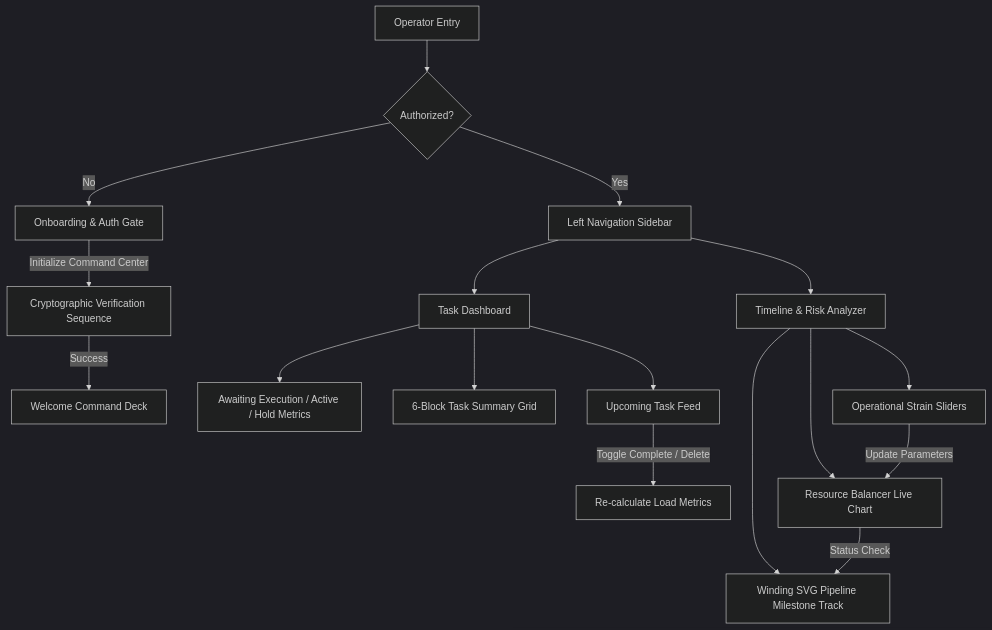
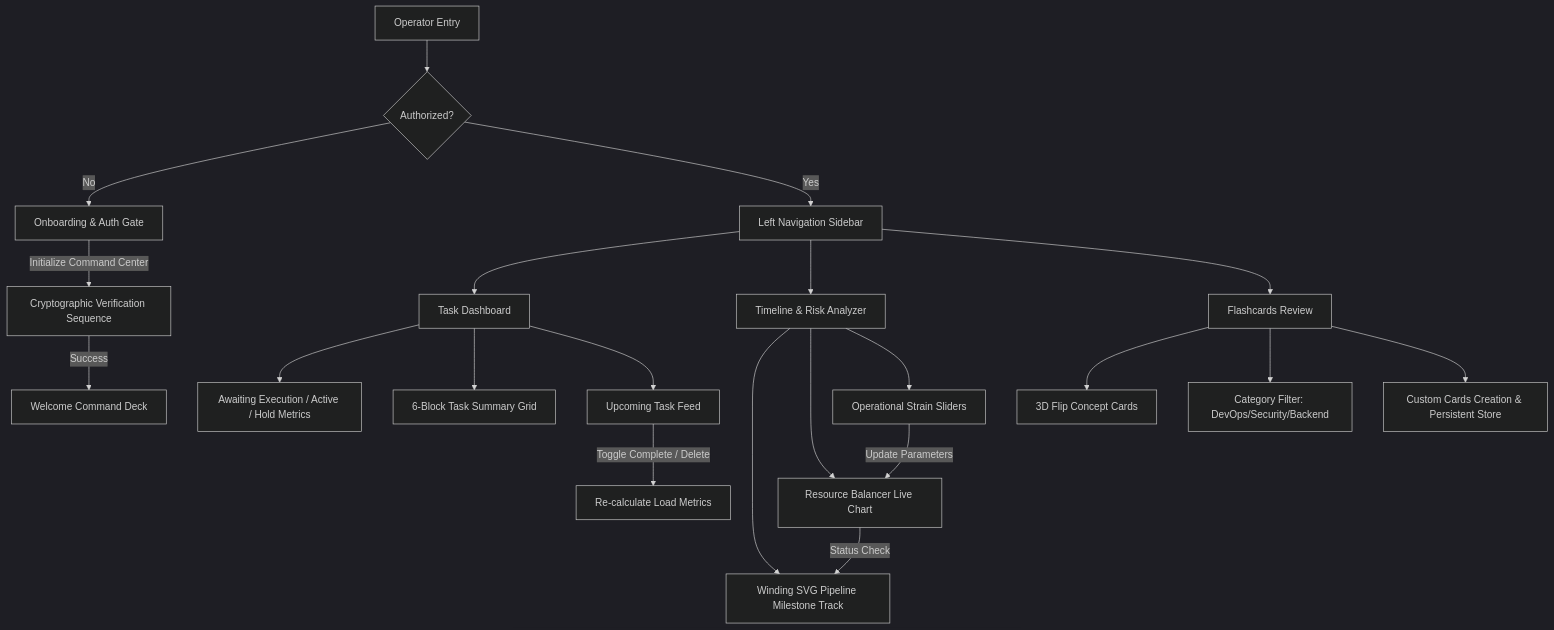
One commit to HARSH349-bot/taskpilot-ai changed the diagram in README.md. Above: the diagram before and after it, drawn with Mermaid (dark theme). The commit also changed other lines of this file and 3 other files, not shown here.

Commit message:
feat: integrate interactive flashcards review module

````diff
--- a/README.md
+++ b/README.md
@@ -9,22 +9,27 @@
 ```mermaid
 graph TD
     A[Operator Entry] --> B{Authorized?}
     B -- No --> C[Onboarding & Auth Gate]
     C -->|Initialize Command Center| D[Cryptographic Verification Sequence]
     D -->|Success| E[Welcome Command Deck]
     B -- Yes --> F[Left Navigation Sidebar]
     
     F --> G[Task Dashboard]
     F --> H[Timeline & Risk Analyzer]
+    F --> I[Flashcards Review]
     
     G --> G1[Awaiting Execution / Active / Hold Metrics]
     G --> G2[6-Block Task Summary Grid]
     G --> G3[Upcoming Task Feed]
     G3 -->|Toggle Complete / Delete| G4[Re-calculate Load Metrics]
     
     H --> H1[Winding SVG Pipeline Milestone Track]
     H --> H2[Resource Balancer Live Chart]
     H --> H3[Operational Strain Sliders]
     H3 -->|Update Parameters| H2
     H2 -->|Status Check| H1
+
+    I --> I1[3D Flip Concept Cards]
+    I --> I2[Category Filter: DevOps/Security/Backend]
+    I --> I3[Custom Cards Creation & Persistent Store]
 ```
````
